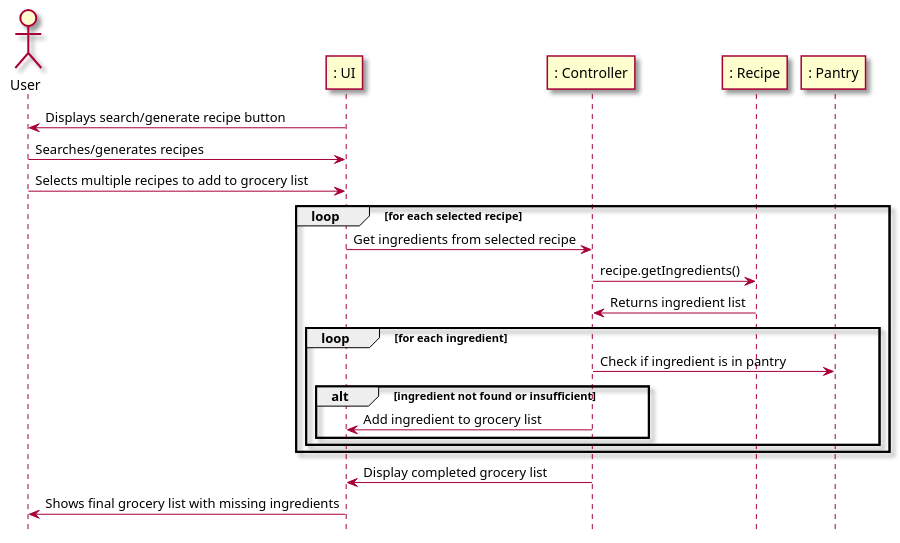
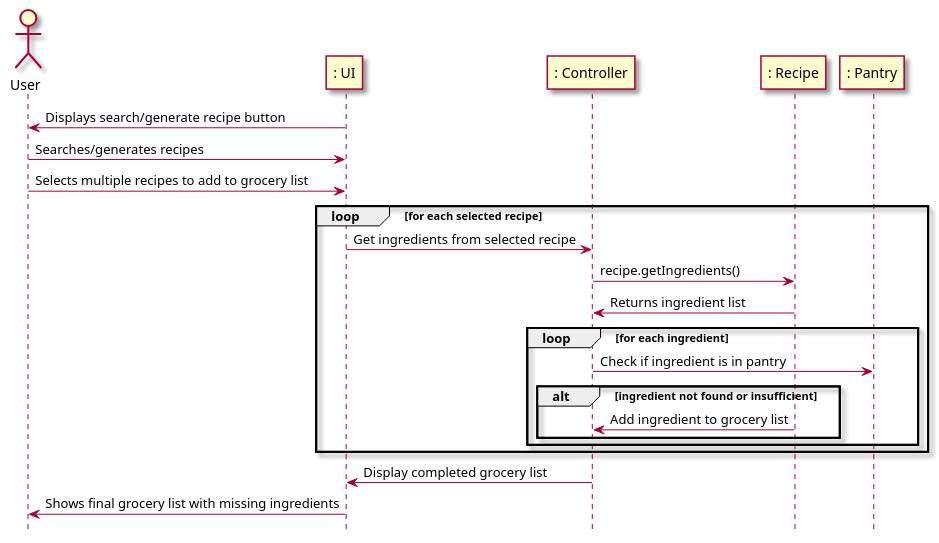
One commit to berthashipper/Pantry-Pal-Android-Application changed the second of 2 diagrams in intellij/doc/use-cases/generate_grocery_list.md. Above: the diagram before and after it, drawn with PlantUML.

Commit message:
Updated sequence diagram for generate_grocery list

````diff
--- a/intellij/doc/use-cases/generate_grocery_list.md
+++ b/intellij/doc/use-cases/generate_grocery_list.md
@@ -67,36 +67,36 @@
 ```plantuml
 @startuml
 skin rose
 
 hide footbox
 
 actor User as user
 participant ": UI" as ui
 participant ": Controller" as cont
 participant ": Recipe" as rec
 participant ": Pantry" as pantry
 
 ui -> user: Displays search/generate recipe button
 user -> ui: Searches/generates recipes
 user -> ui: Selects multiple recipes to add to grocery list
 
 loop for each selected recipe
     ui -> cont: Get ingredients from selected recipe
     cont -> rec: recipe.getIngredients()
     rec -> cont: Returns ingredient list
     
     'Loop for each ingredient in the recipe
     loop for each ingredient
         cont -> pantry: Check if ingredient is in pantry
         alt ingredient not found or insufficient
-            cont -> ui: Add ingredient to grocery list
+            rec -> cont: Add ingredient to grocery list
         end
     end
 end
 
 cont -> ui: Display completed grocery list
 ui -> user: Shows final grocery list with missing ingredients
 
 
 @enduml
 ```
````
